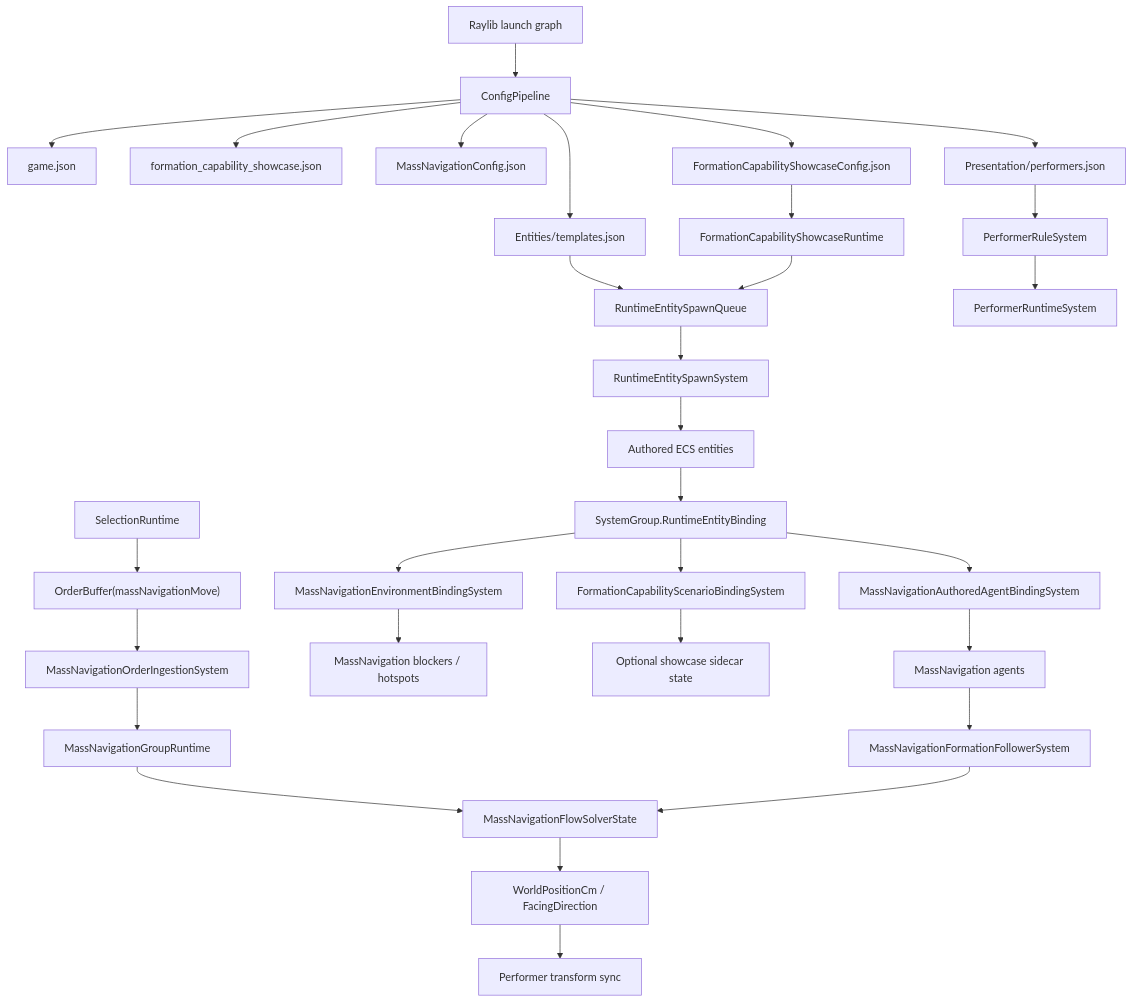
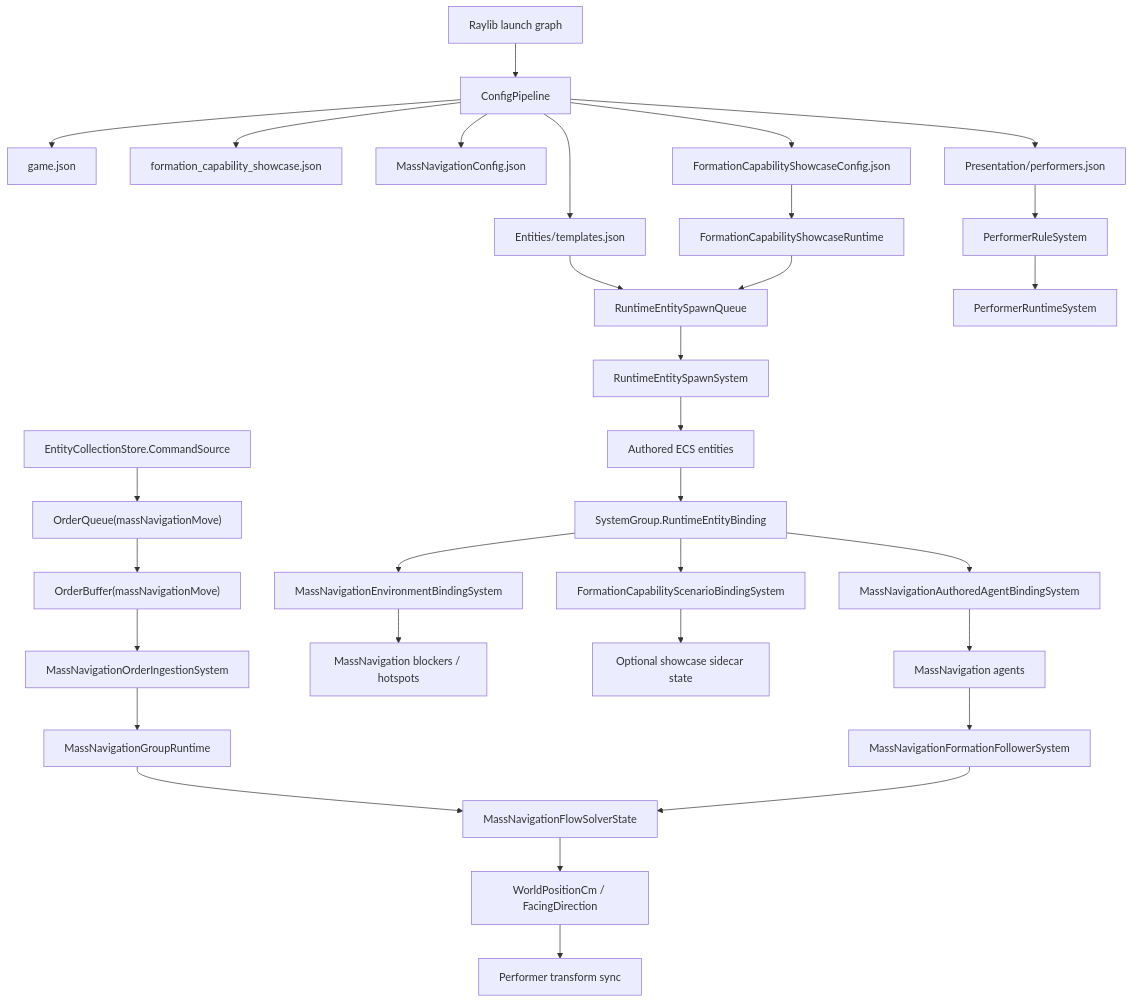
Before and after one commit to MightyBubble/Ludots: the first of 2 diagrams in gitbook/reference/mass-navigation-formal-chain.md, drawn with Mermaid. The commit also changed other lines of this file and 34 other files, not shown here.

Commit message:
refactor: route MassNavigation commands through CommandSource and OrderQueue

````diff
--- a/gitbook/reference/mass-navigation-formal-chain.md
+++ b/gitbook/reference/mass-navigation-formal-chain.md
@@ -40,35 +40,36 @@
 ```mermaid
 flowchart TD
     Launch["Raylib launch graph"] --> Config["ConfigPipeline"]
     Config --> GameJson["game.json"]
     Config --> Map["formation_capability_showcase.json"]
     Config --> NavConfig["MassNavigationConfig.json"]
     Config --> TwConfig["FormationCapabilityShowcaseConfig.json"]
     Config --> Templates["Entities/templates.json"]
     Config --> Performers["Presentation/performers.json"]
 
     TwConfig --> Runtime["FormationCapabilityShowcaseRuntime"]
     Templates --> SpawnQueue["RuntimeEntitySpawnQueue"]
     Runtime --> SpawnQueue
     SpawnQueue --> SpawnSystem["RuntimeEntitySpawnSystem"]
     SpawnSystem --> World["Authored ECS entities"]
     World --> BindingGroup["SystemGroup.RuntimeEntityBinding"]
     BindingGroup --> AgentBinding["MassNavigationAuthoredAgentBindingSystem"]
     BindingGroup --> EnvBinding["MassNavigationEnvironmentBindingSystem"]
     BindingGroup --> TwBinding["FormationCapabilityScenarioBindingSystem"]
 
     AgentBinding --> Agents["MassNavigation agents"]
     EnvBinding --> Obstacles["MassNavigation blockers / hotspots"]
     TwBinding --> Formations["Optional showcase sidecar state"]
     Agents --> FollowerSync["MassNavigationFormationFollowerSystem"]
 
-    Selection["SelectionRuntime"] --> Orders["OrderBuffer(massNavigationMove)"]
+    CommandSource["EntityCollectionStore.CommandSource"] --> OrderQueue["OrderQueue(massNavigationMove)"]
+    OrderQueue --> Orders["OrderBuffer(massNavigationMove)"]
     Orders --> Ingestion["MassNavigationOrderIngestionSystem"]
     Ingestion --> Groups["MassNavigationGroupRuntime"]
     Groups --> Solver["MassNavigationFlowSolverState"]
     FollowerSync --> Solver
     Solver --> EcsState["WorldPositionCm / FacingDirection"]
     EcsState --> PerformerSync["Performer transform sync"]
     Performers --> PerformerRules["PerformerRuleSystem"]
     PerformerRules --> PerformerRuntime["PerformerRuntimeSystem"]
 ```
````
